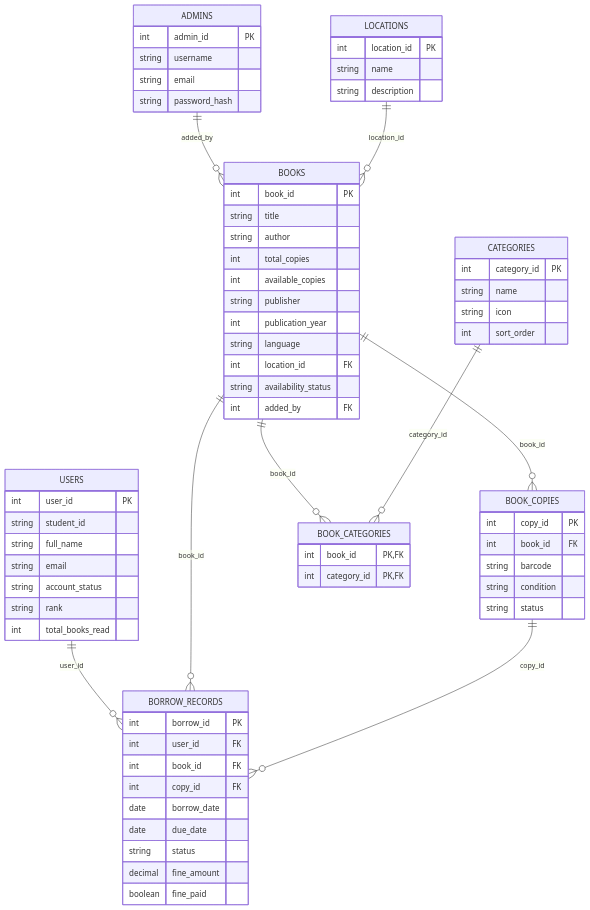
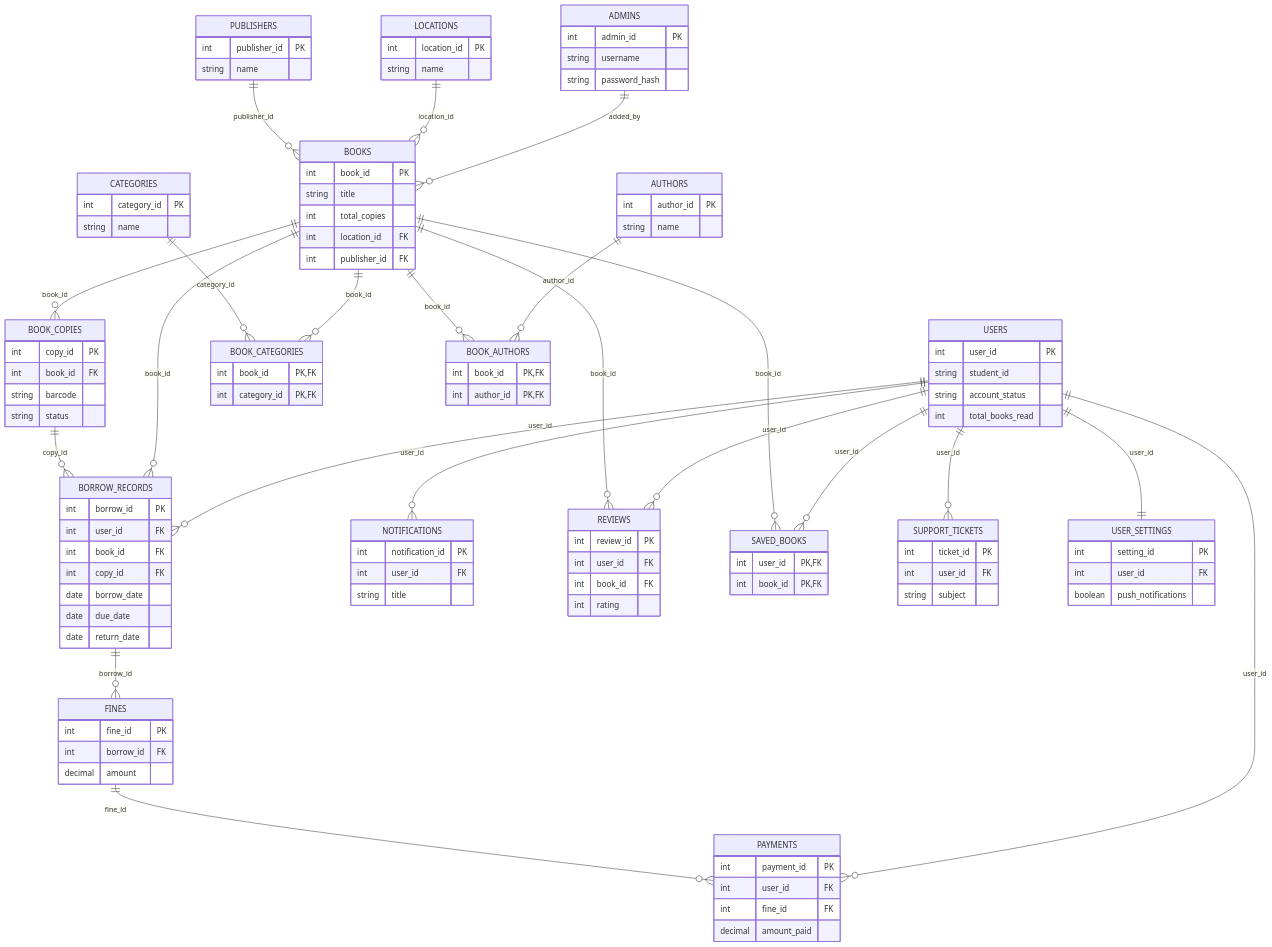
One commit to prasajanravishka/library_system- changed the diagram in doc/database_schema_reference.md. Above: the diagram before and after it, drawn with Mermaid. The commit also changed other lines of this file and 26 other files, not shown here.

````diff
--- a/doc/database_schema_reference.md
+++ b/doc/database_schema_reference.md
@@ -18,52 +18,56 @@
     CATEGORIES ||--o{ BOOK_CATEGORIES : "category_id"
     LOCATIONS ||--o{ BOOKS : "location_id"
     BOOKS ||--o{ BOOK_COPIES : "book_id"
+    AUTHORS ||--o{ BOOK_AUTHORS : "author_id"
+    BOOKS ||--o{ BOOK_AUTHORS : "book_id"
+    PUBLISHERS ||--o{ BOOKS : "publisher_id"
+    BORROW_RECORDS ||--o{ FINES : "borrow_id"
+    USERS ||--o{ NOTIFICATIONS : "user_id"
+    USERS ||--o{ PAYMENTS : "user_id"
+    FINES ||--o{ PAYMENTS : "fine_id"
+    USERS ||--o{ REVIEWS : "user_id"
+    BOOKS ||--o{ REVIEWS : "book_id"
+    USERS ||--o{ SAVED_BOOKS : "user_id"
+    BOOKS ||--o{ SAVED_BOOKS : "book_id"
+    USERS ||--o{ SUPPORT_TICKETS : "user_id"
+    USERS ||--|| USER_SETTINGS : "user_id"
 
     ADMINS {
         int admin_id PK
         string username
-        string email
         string password_hash
     }
-    
+    AUTHORS {
+        int author_id PK
+        string name
+    }
+    BOOK_AUTHORS {
+        int book_id PK, FK
+        int author_id PK, FK
+    }
     USERS {
         int user_id PK
         string student_id
-        string full_name
-        string email
         string account_status
-        string rank
         int total_books_read
     }
-    
     BOOKS {
         int book_id PK
         string title
-        string author
         int total_copies
-        int available_copies
-        string publisher
-        int publication_year
-        string language
         int location_id FK
-        string availability_status
-        int added_by FK
+        int publisher_id FK
     }
-    
     BOOK_COPIES {
         int copy_id PK
         int book_id FK
         string barcode
-        string condition
         string status
     }
-    
     LOCATIONS {
         int location_id PK
         string name
-        string description
     }
-    
     BORROW_RECORDS {
         int borrow_id PK
         int user_id FK
@@ -71,20 +75,54 @@
         int copy_id FK
         date borrow_date
         date due_date
-        string status
-        decimal fine_amount
-        boolean fine_paid
+        date return_date
     }
-
     CATEGORIES {
         int category_id PK
         string name
-        string icon
-        int sort_order
     }
-    
     BOOK_CATEGORIES {
         int book_id PK, FK
         int category_id PK, FK
     }
+    FINES {
+        int fine_id PK
+        int borrow_id FK
+        decimal amount
+    }
+    PAYMENTS {
+        int payment_id PK
+        int user_id FK
+        int fine_id FK
+        decimal amount_paid
+    }
+    PUBLISHERS {
+        int publisher_id PK
+        string name
+    }
+    REVIEWS {
+        int review_id PK
+        int user_id FK
+        int book_id FK
+        int rating
+    }
+    SAVED_BOOKS {
+        int user_id PK, FK
+        int book_id PK, FK
+    }
+    SUPPORT_TICKETS {
+        int ticket_id PK
+        int user_id FK
+        string subject
+    }
+    USER_SETTINGS {
+        int setting_id PK
+        int user_id FK
+        boolean push_notifications
+    }
+    NOTIFICATIONS {
+        int notification_id PK
+        int user_id FK
+        string title
+    }
 ```
````
